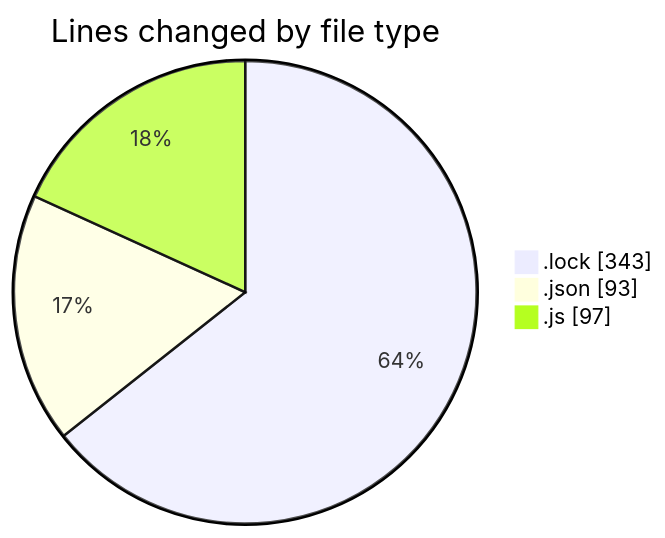
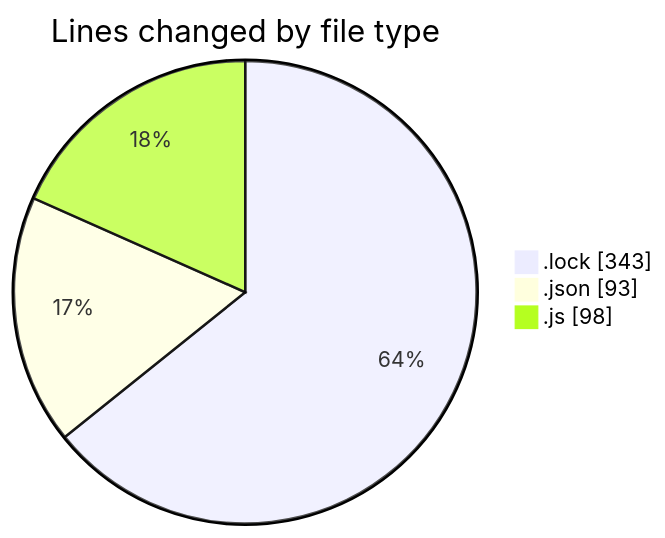
The first of 2 diagrams in 2025-01-30/cda/README.md (momahboobian/code-tracking), drawn with Mermaid before and after one commit. The commit also changed other lines of this file and 1 other file, not shown here.

````diff
--- a/2025-01-30/cda/README.md
+++ b/2025-01-30/cda/README.md
@@ -26,7 +26,7 @@
 ```mermaid
 pie showData
 title Lines changed by file type
 ".lock" : 343
 ".json" : 93
-".js" : 97
+".js" : 98
 ```
````
